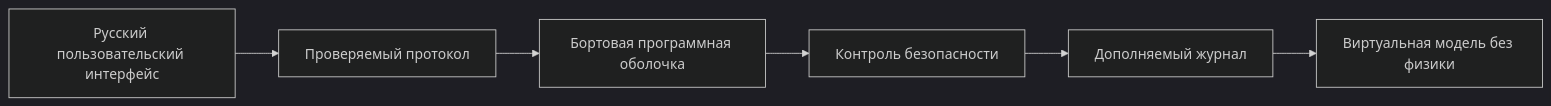
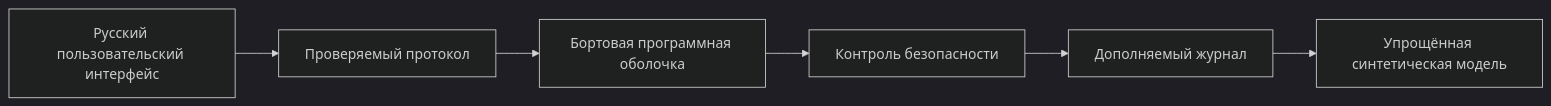
The diagram in README.md (k4hr/secfly), drawn with Mermaid (dark theme) before and after one commit. The commit also changed other lines of this file and 57 other files, not shown here.

````diff
--- a/README.md
+++ b/README.md
@@ -15,8 +15,8 @@
 ```mermaid
 flowchart LR
     И["Русский пользовательский интерфейс"] --> П["Проверяемый протокол"]
     П --> Б["Бортовая программная оболочка"]
     Б --> К["Контроль безопасности"]
     К --> Ж["Дополняемый журнал"]
-    Ж --> В["Виртуальная модель без физики"]
+    Ж --> В["Упрощённая синтетическая модель"]
 ```
````
